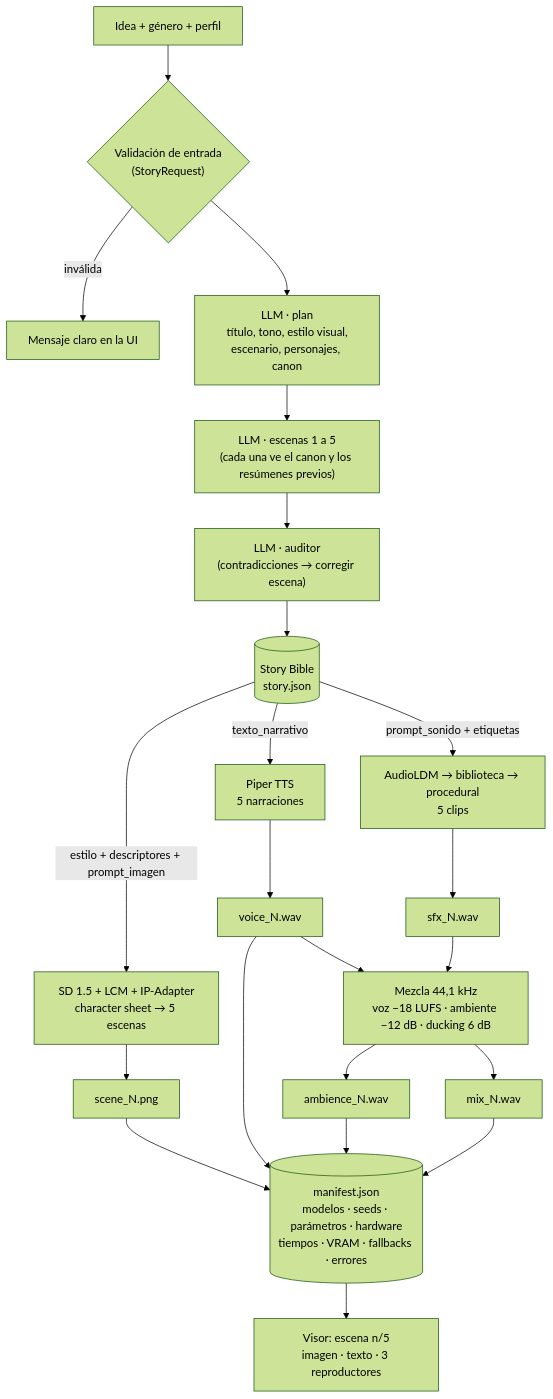
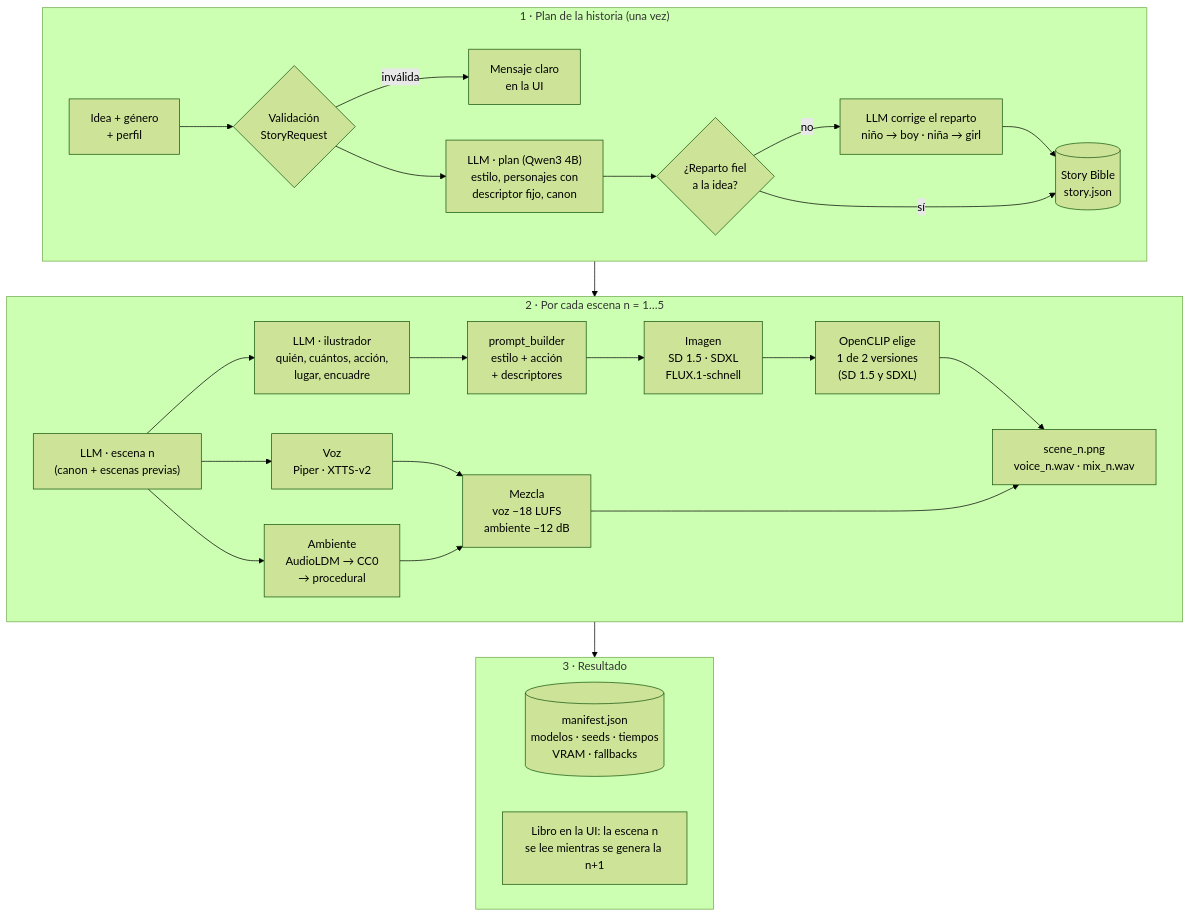
Before and after one commit to DiegoAlejandroU/StoryBook-IA: the second of 4 diagrams in docs/arquitectura.md, drawn with Mermaid (forest theme). The commit also changed other lines of this file and 21 other files, not shown here.

````diff
--- a/docs/arquitectura.md
+++ b/docs/arquitectura.md
@@ -99,27 +88,32 @@
 ```mermaid
-flowchart TD
-    IN["Idea + género + perfil"] --> VAL{"Validación de entrada<br/>(StoryRequest)"}
-    VAL -- inválida --> ERR["Mensaje claro en la UI"]
-    VAL --> P1["LLM · plan<br/>título, tono, estilo visual,<br/>escenario, personajes, canon"]
-    P1 --> P2["LLM · escenas 1 a 5<br/>(cada una ve el canon y los resúmenes previos)"]
-    P2 --> AU["LLM · auditor<br/>(contradicciones → corregir escena)"]
-    AU --> BIB[("Story Bible<br/>story.json")]
-
-    BIB -- "estilo + descriptores + prompt_imagen" --> IM["SD 1.5 + LCM + IP-Adapter<br/>character sheet → 5 escenas"]
-    BIB -- texto_narrativo --> VO["Piper TTS<br/>5 narraciones"]
-    BIB -- "prompt_sonido + etiquetas" --> SO["AudioLDM → biblioteca → procedural<br/>5 clips"]
-
-    IM --> PNG["scene_N.png"]
-    VO --> WAV["voice_N.wav"]
-    SO --> SFX["sfx_N.wav"]
-    WAV --> MX["Mezcla 44,1 kHz<br/>voz −18 LUFS · ambiente −12 dB · ducking 6 dB"]
-    SFX --> MX
-    MX --> AMB["ambience_N.wav"]
-    MX --> MIXF["mix_N.wav"]
-
-    PNG --> MAN[("manifest.json<br/>modelos · seeds · parámetros · hardware<br/>tiempos · VRAM · fallbacks · errores")]
-    WAV --> MAN
-    AMB --> MAN
-    MIXF --> MAN
-    MAN --> UIV["Visor: escena n/5<br/>imagen · texto · 3 reproductores"]
+flowchart TB
+    subgraph A["1 · Plan de la historia (una vez)"]
+        direction LR
+        IN["Idea + género<br/>+ perfil"] --> VAL{"Validación<br/>StoryRequest"}
+        VAL -- inválida --> ERR["Mensaje claro<br/>en la UI"]
+        VAL --> PLAN["LLM · plan (Qwen3 4B)<br/>estilo, personajes con<br/>descriptor fijo, canon"]
+        PLAN --> REP{"¿Reparto fiel<br/>a la idea?"}
+        REP -- no --> FIX["LLM corrige el reparto<br/>niño → boy · niña → girl"]
+        FIX --> BIB
+        REP -- sí --> BIB[("Story Bible<br/>story.json")]
+    end
+    subgraph B["2 · Por cada escena n = 1…5"]
+        direction LR
+        TX["LLM · escena n<br/>(canon + escenas previas)"] --> PV["LLM · ilustrador<br/>quién, cuántos, acción,<br/>lugar, encuadre"]
+        PV --> PR["prompt_builder<br/>estilo + acción<br/>+ descriptores"]
+        PR --> IM["Imagen<br/>SD 1.5 · SDXL<br/>FLUX.1-schnell"]
+        IM --> SEL["OpenCLIP elige<br/>1 de 2 versiones<br/>(SD 1.5 y SDXL)"]
+        TX --> VO["Voz<br/>Piper · XTTS-v2"]
+        TX --> SO["Ambiente<br/>AudioLDM → CC0<br/>→ procedural"]
+        VO --> MX["Mezcla<br/>voz −18 LUFS<br/>ambiente −12 dB"]
+        SO --> MX
+        SEL --> OUT["scene_n.png<br/>voice_n.wav · mix_n.wav"]
+        MX --> OUT
+    end
+    subgraph C["3 · Resultado"]
+        direction LR
+        MAN[("manifest.json<br/>modelos · seeds · tiempos<br/>VRAM · fallbacks")]
+        UI["Libro en la UI: la escena n<br/>se lee mientras se genera la n+1"]
+    end
+    A --> B --> C
 ```
````
